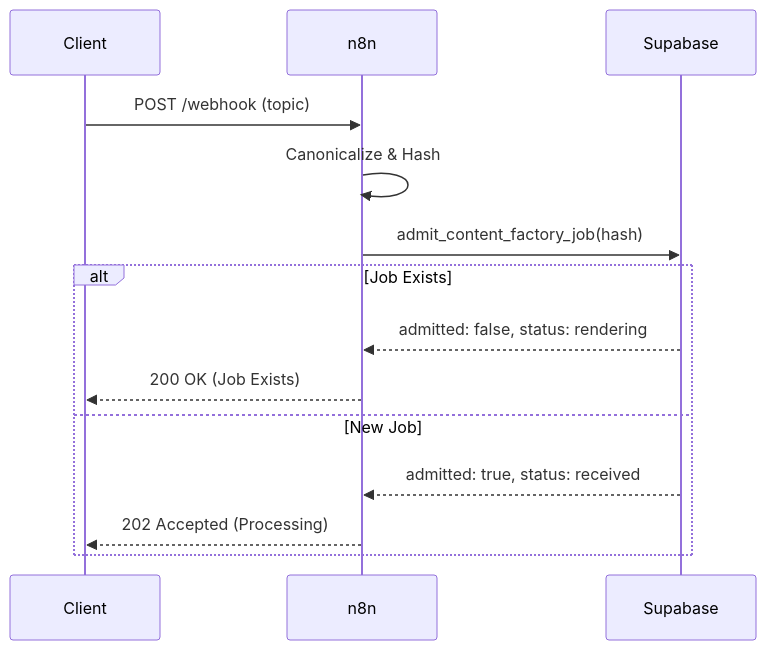
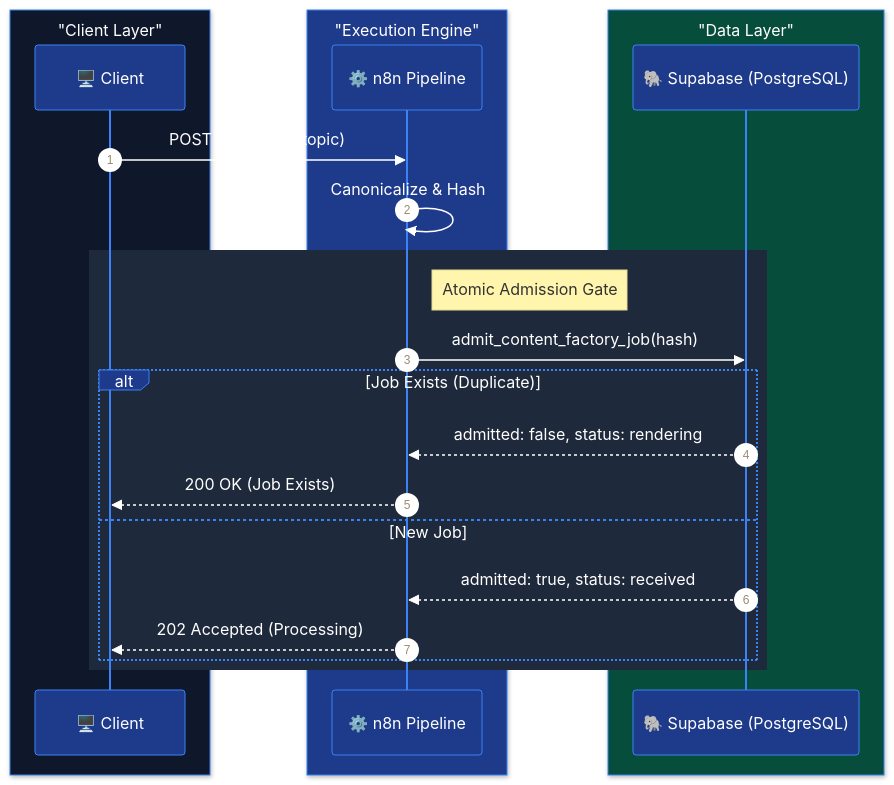
One commit to RishvinReddy/Ai-Youtube-Automation changed the second of 7 diagrams in README.md. Above: the diagram before and after it, drawn with Mermaid. The commit also changed other lines of this file and 6 other files, not shown here.

````diff
--- a/README.md
+++ b/README.md
@@ -88,18 +97,31 @@
 ```mermaid
 sequenceDiagram
-    participant Client
-    participant n8n
-    participant Supabase
+    %%{init: {'theme': 'base', 'themeVariables': { 'primaryColor': '#1e293b', 'primaryTextColor': '#fff', 'primaryBorderColor': '#3b82f6', 'lineColor': '#64748b', 'actorBkg': '#1e3a8a', 'actorBorder': '#3b82f6', 'actorTextColor': '#fff' }}}%%
+    autonumber
+    
+    box rgb(15, 23, 42) "Client Layer"
+        participant Client as 🖥️ Client
+    end
+    box rgb(30, 58, 138) "Execution Engine"
+        participant n8n as ⚙️ n8n Pipeline
+    end
+    box rgb(6, 78, 59) "Data Layer"
+        participant Supabase as 🐘 Supabase (PostgreSQL)
+    end
     
     Client->>n8n: POST /webhook (topic)
     n8n->>n8n: Canonicalize & Hash
+    
+    rect rgb(30, 41, 59)
+    note right of n8n: Atomic Admission Gate
     n8n->>Supabase: admit_content_factory_job(hash)
     
-    alt Job Exists
+    alt Job Exists (Duplicate)
         Supabase-->>n8n: admitted: false, status: rendering
         n8n-->>Client: 200 OK (Job Exists)
     else New Job
         Supabase-->>n8n: admitted: true, status: received
         n8n-->>Client: 202 Accepted (Processing)
     end
+    end
 ```
````
